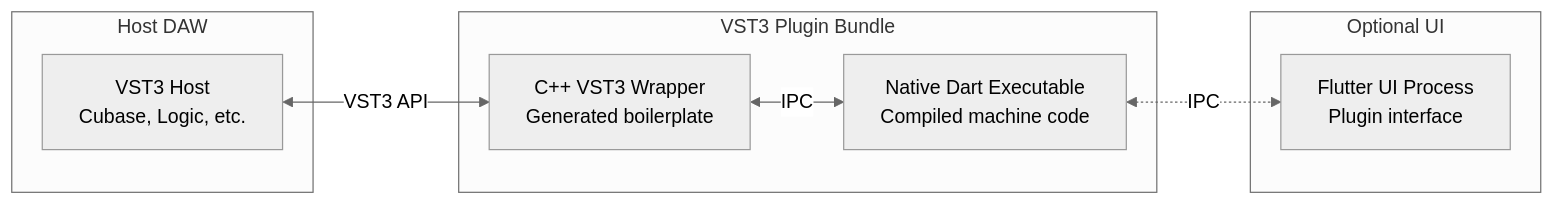
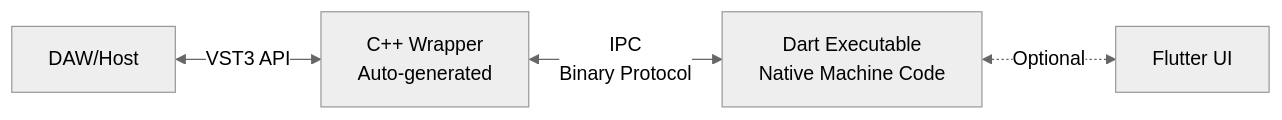
One commit to MelbourneDeveloper/flutter_vst3 changed the diagram in dart_vst3_bridge/README.md. Above: the diagram before and after it, drawn with Mermaid (neutral theme). The commit also changed other lines of this file, not shown here.

````diff
--- a/dart_vst3_bridge/README.md
+++ b/dart_vst3_bridge/README.md
@@ -49,19 +15,6 @@
 ```mermaid
 flowchart LR
-    subgraph Host DAW
-        DAW[VST3 Host<br/>Cubase, Logic, etc.]
-    end
-    
-    subgraph VST3 Plugin Bundle
-        CppWrapper[C++ VST3 Wrapper<br/>Generated boilerplate]
-        NativeDart[Native Dart Executable<br/>Compiled machine code]
-    end
-    
-    subgraph Optional UI
-        FlutterUI[Flutter UI Process<br/>Plugin interface]
-    end
-    
-    DAW <-->|VST3 API| CppWrapper
-    CppWrapper <-->|IPC| NativeDart
-    NativeDart <-.->|IPC| FlutterUI
+    DAW[DAW/Host] <-->|VST3 API| CPP[C++ Wrapper<br/>Auto-generated]
+    CPP <-->|IPC<br/>Binary Protocol| DART[Dart Executable<br/>Native Machine Code]
+    DART <-.->|Optional| UI[Flutter UI]
 ```
````
